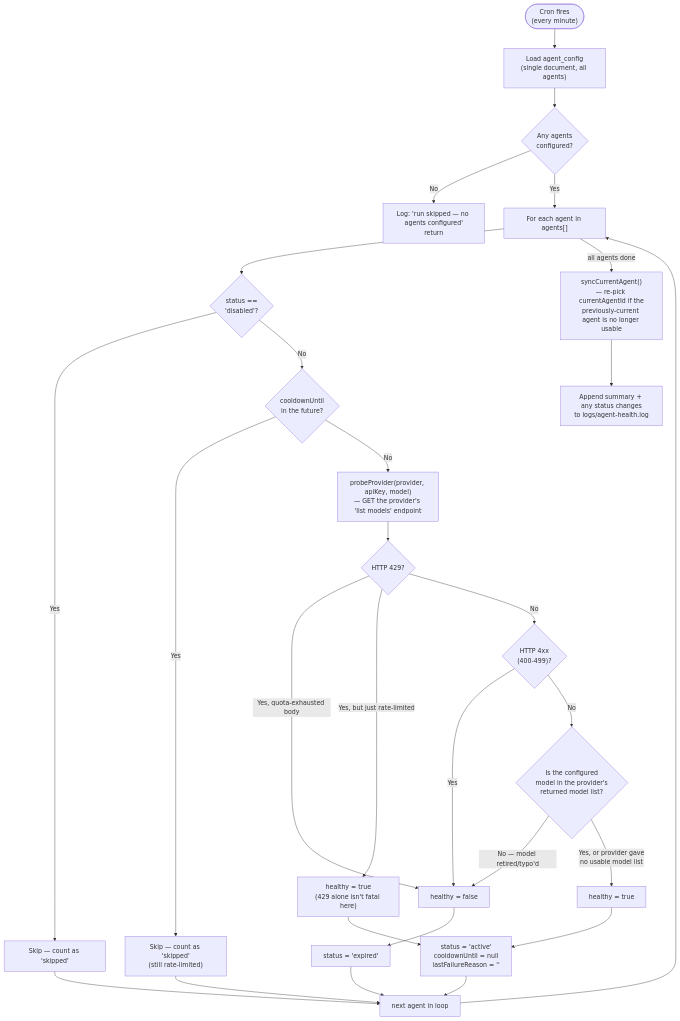
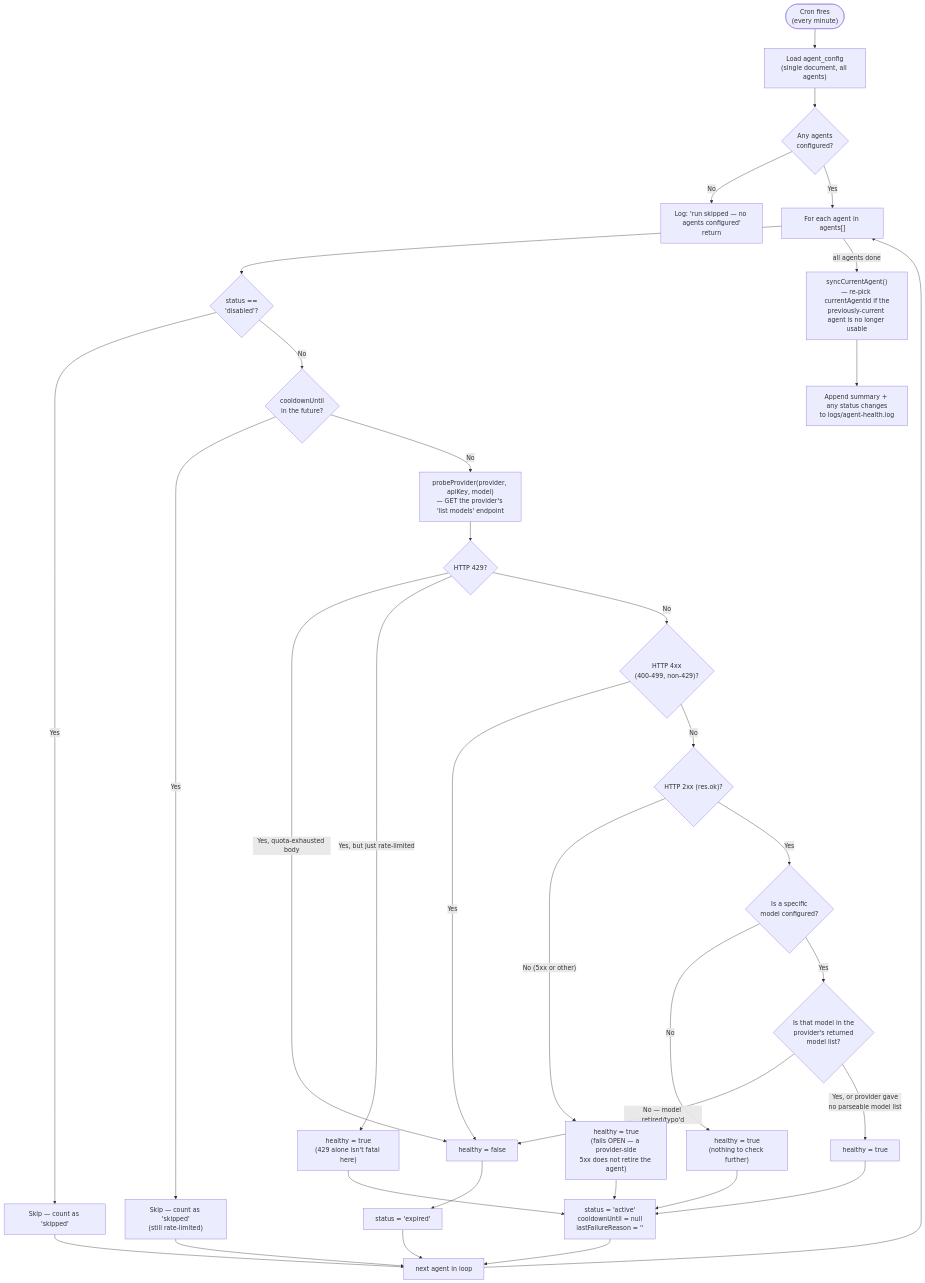
Diagram 14 of 14 in README.md (chaditroudi/MindAi), drawn with Mermaid before and after one commit.

Commit message:
Updated Changes

````diff
--- a/README.md
+++ b/README.md
@@ -1267,35 +1267,41 @@
 ```mermaid
 flowchart TD
     Cron(["Cron fires\n(every minute)"]) --> Load["Load agent_config\n(single document, all agents)"]
     Load --> Empty{"Any agents\nconfigured?"}
     Empty -->|No| LogSkip["Log: 'run skipped — no agents configured'\nreturn"]
     Empty -->|Yes| Loop["For each agent in agents[]"]
 
     Loop --> IsDisabled{"status ==\n'disabled'?"}
     IsDisabled -->|Yes| Skip1["Skip — count as 'skipped'"]
     IsDisabled -->|No| IsCooling{"cooldownUntil\nin the future?"}
     IsCooling -->|Yes| Skip2["Skip — count as 'skipped'\n(still rate-limited)"]
     IsCooling -->|No| Probe["probeProvider(provider, apiKey, model)\n— GET the provider's 'list models' endpoint"]
 
     Probe --> R429{"HTTP 429?"}
     R429 -->|"Yes, quota-exhausted body"| Unhealthy["healthy = false"]
     R429 -->|"Yes, but just rate-limited"| Healthy1["healthy = true\n(429 alone isn't fatal here)"]
-    R429 -->|No| R4xx{"HTTP 4xx\n(400-499)?"}
+    R429 -->|No| R4xx{"HTTP 4xx\n(400-499, non-429)?"}
     R4xx -->|Yes| Unhealthy
-    R4xx -->|No| ModelCheck{"Is the configured\nmodel in the provider's\nreturned model list?"}
+    R4xx -->|No| Ok{"HTTP 2xx (res.ok)?"}
+    Ok -->|"No (5xx or other)"| Healthy3["healthy = true\n(fails OPEN — a provider-side\n5xx does not retire the agent)"]
+    Ok -->|Yes| HasModel{"Is a specific\nmodel configured?"}
+    HasModel -->|No| Healthy4["healthy = true\n(nothing to check further)"]
+    HasModel -->|Yes| ModelCheck{"Is that model in the\nprovider's returned\nmodel list?"}
     ModelCheck -->|"No — model retired/typo'd"| Unhealthy
-    ModelCheck -->|"Yes, or provider gave\nno usable model list"| Healthy2["healthy = true"]
+    ModelCheck -->|"Yes, or provider gave\nno parseable model list"| Healthy2["healthy = true"]
 
     Unhealthy --> SetExpired["status = 'expired'"]
     Healthy1 --> SetActive["status = 'active'\ncooldownUntil = null\nlastFailureReason = ''"]
     Healthy2 --> SetActive
+    Healthy3 --> SetActive
+    Healthy4 --> SetActive
 
     SetExpired --> NextAgent["next agent in loop"]
     SetActive --> NextAgent
     Skip1 --> NextAgent
     Skip2 --> NextAgent
 
     NextAgent --> Loop
     Loop -->|"all agents done"| Sync["syncCurrentAgent()\n— re-pick currentAgentId if the\npreviously-current agent is no longer usable"]
     Sync --> WriteLog["Append summary + any status changes\nto logs/agent-health.log"]
 ```
````
